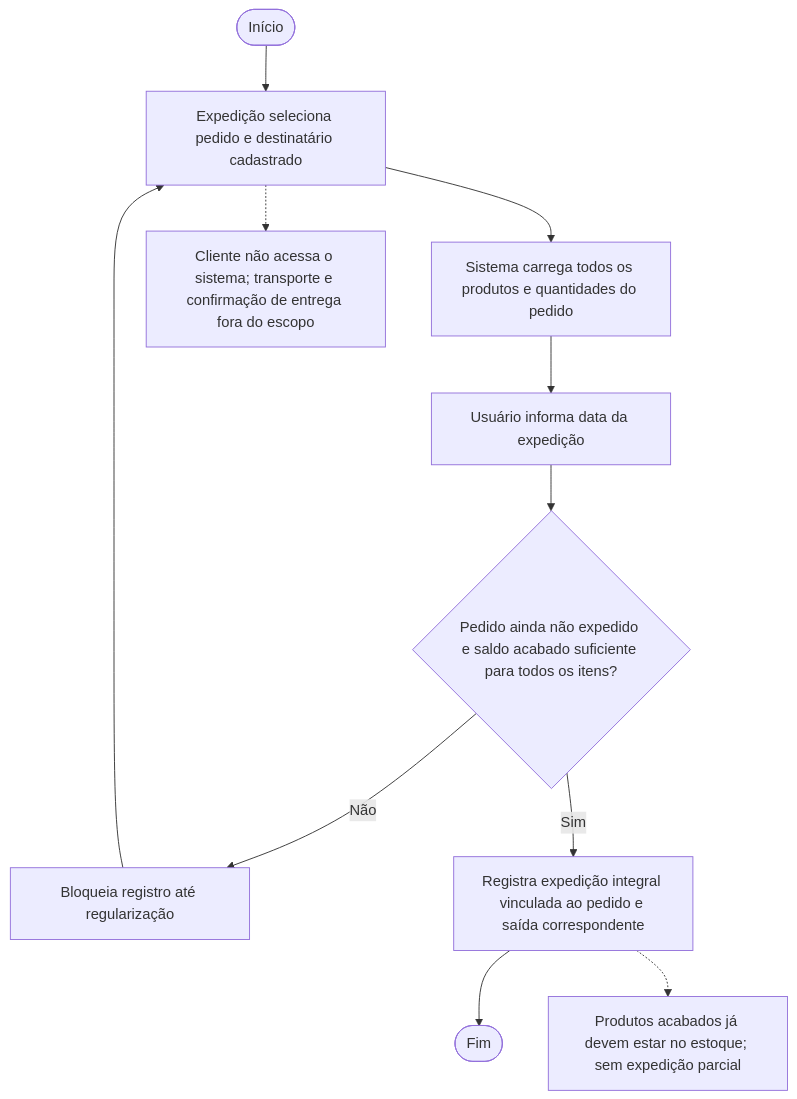
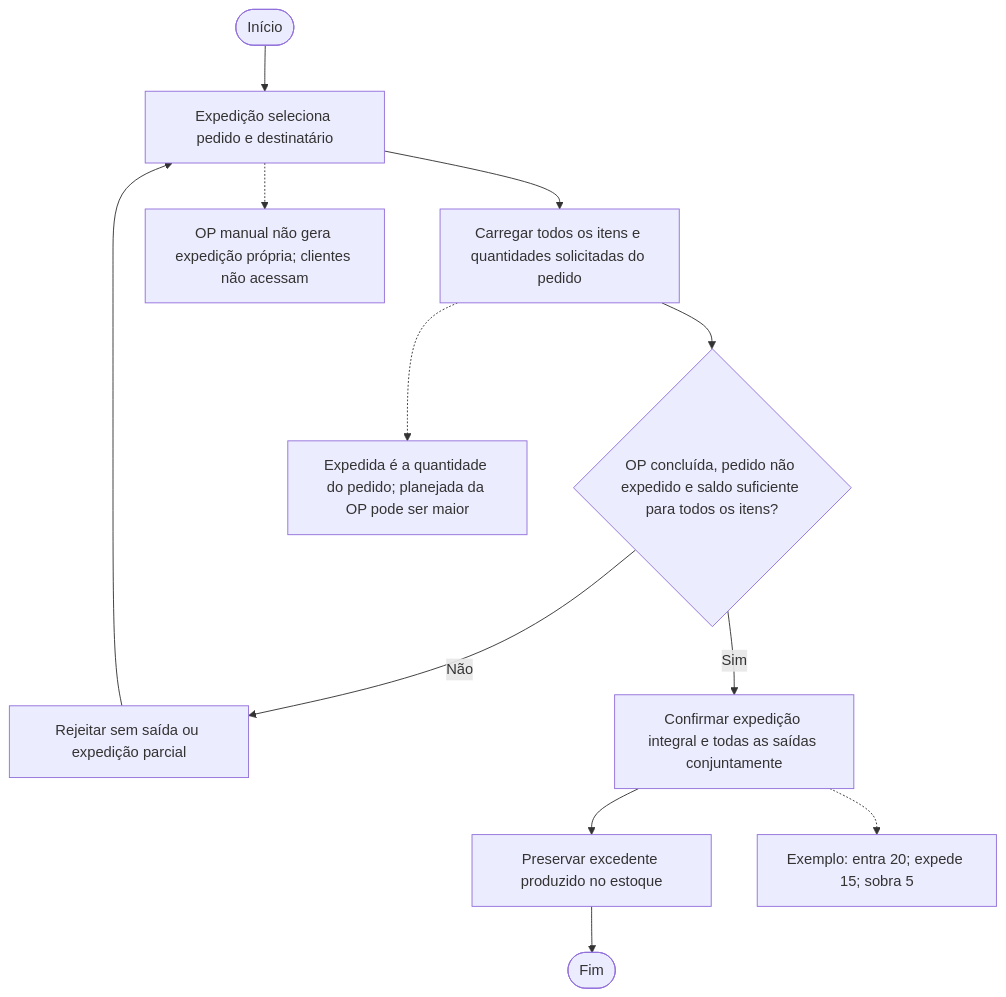
One commit to edumoreira7/TCC---Gestao-Integrada changed the diagram in docs/03-modelagem/atividades/atividade-expedicao.mmd. Above: the diagram before and after it, drawn with Mermaid. The commit also changed 74 other files, not shown here.

```diff
--- a/docs/03-modelagem/atividades/atividade-expedicao.mmd
+++ b/docs/03-modelagem/atividades/atividade-expedicao.mmd
@@ -1,11 +1,12 @@
 flowchart TD
-    A([Início]) --> B[Expedição seleciona pedido e destinatário cadastrado]
-    B --> C[Sistema carrega todos os produtos e quantidades do pedido]
-    C --> D[Usuário informa data da expedição]
-    D --> E{Pedido ainda não expedido e saldo acabado suficiente para todos os itens?}
-    E -- Não --> F[Bloqueia registro até regularização]
-    F --> B
-    E -- Sim --> G[Registra expedição integral vinculada ao pedido e saída correspondente]
+    A([Início]) --> B[Expedição seleciona pedido e destinatário]
+    B --> C[Carregar todos os itens e quantidades solicitadas do pedido]
+    C --> D{OP concluída, pedido não expedido e saldo suficiente para todos os itens?}
+    D -- Não --> E[Rejeitar sem saída ou expedição parcial]
+    E --> B
+    D -- Sim --> F[Confirmar expedição integral e todas as saídas conjuntamente]
+    F --> G[Preservar excedente produzido no estoque]
     G --> H([Fim])
-    G -.-> I[Produtos acabados já devem estar no estoque; sem expedição parcial]
-    B -.-> J[Cliente não acessa o sistema; transporte e confirmação de entrega fora do escopo]
+    C -.-> I[Expedida é a quantidade do pedido; planejada da OP pode ser maior]
+    F -.-> J[Exemplo: entra 20; expede 15; sobra 5]
+    B -.-> K[OP manual não gera expedição própria; clientes não acessam]
```
